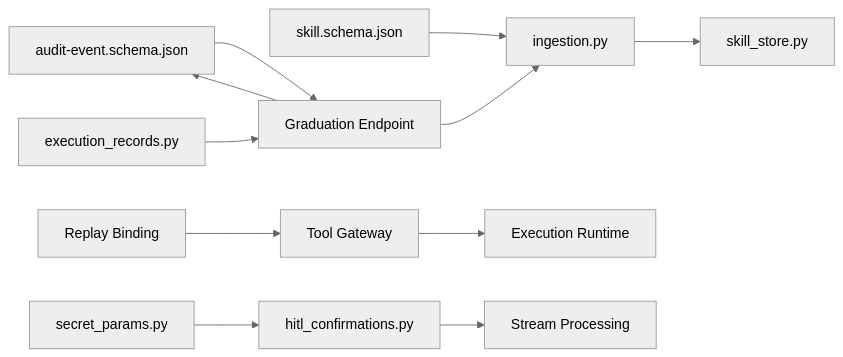
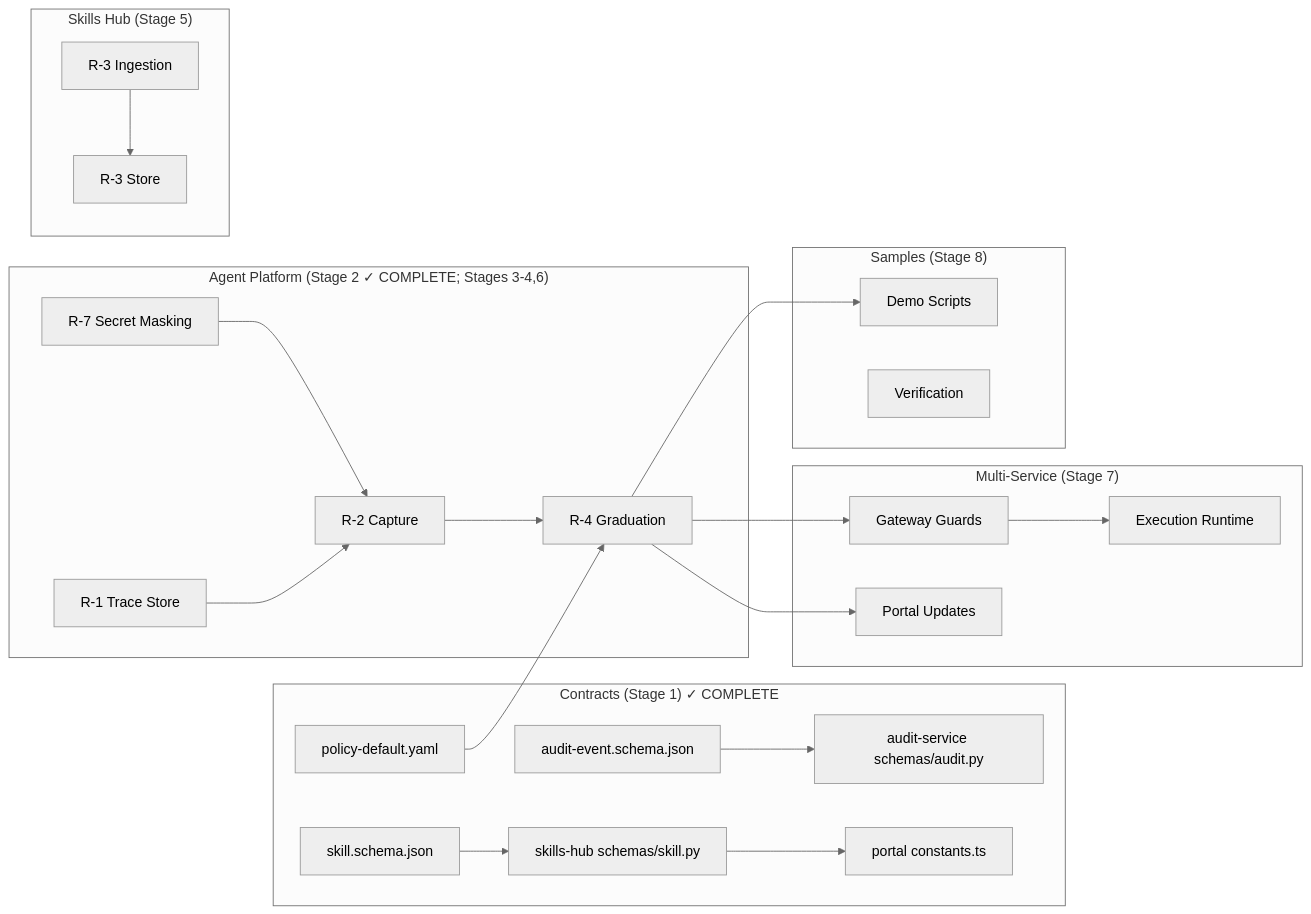
Before and after one commit to metasync/luban-aiops: the ninth of 9 diagrams in .qoder/repowiki/en/content/Architecture Documentation/SPEC-055_ Develop-as-You-Go Skill Graduation.md, drawn with Mermaid (neutral theme). The commit also changed other lines of this file and 9 other files, not shown here.

````diff
--- a/.qoder/repowiki/en/content/Architecture Documentation/SPEC-055_ Develop-as-You-Go Skill Graduation.md
+++ b/.qoder/repowiki/en/content/Architecture Documentation/SPEC-055_ Develop-as-You-Go Skill Graduation.md
@@ -323,13 +412,42 @@
 ```mermaid
 graph LR
-SC_skill["skill.schema.json"] --> SH_ingest["ingestion.py"]
-SC_audit["audit-event.schema.json"] --> AP_grad["Graduation Endpoint"]
-SH_ingest --> SH_store["skill_store.py"]
-AP_exec["execution_records.py"] --> AP_grad
-AP_grad --> SH_ingest
-AP_grad --> SC_audit
-AP_replay["Replay Binding"] --> GW["Tool Gateway"]
-GW --> ER["Execution Runtime"]
-SECRET["secret_params.py"] --> MASKING["hitl_confirmations.py"]
-MASKING --> STREAM["Stream Processing"]
+subgraph "Contracts (Stage 1) ✓ COMPLETE"
+SC_skill["skill.schema.json"]
+SC_audit["audit-event.schema.json"]
+SC_policy["policy-default.yaml"]
+SH_skill["skills-hub schemas/skill.py"]
+AUDIT_audit["audit-service schemas/audit.py"]
+PORTAL_constants["portal constants.ts"]
+end
+subgraph "Agent Platform (Stage 2 ✓ COMPLETE; Stages 3-4,6)"
+AP_mask["R-7 Secret Masking"]
+AP_trace["R-1 Trace Store"]
+AP_capture["R-2 Capture"]
+AP_grad["R-4 Graduation"]
+end
+subgraph "Skills Hub (Stage 5)"
+SH_ingest["R-3 Ingestion"]
+SH_store["R-3 Store"]
+end
+subgraph "Multi-Service (Stage 7)"
+TG_guard["Gateway Guards"]
+ER_runtime["Execution Runtime"]
+OP_portal["Portal Updates"]
+end
+subgraph "Samples (Stage 8)"
+SAMPLES["Demo Scripts"]
+VERIFICATION["Verification"]
+end
+SC_skill --> SH_skill
+SC_audit --> AUDIT_audit
+SC_policy --> AP_grad
+SH_skill --> PORTAL_constants
+AP_mask --> AP_capture
+AP_trace --> AP_capture
+AP_capture --> AP_grad
+SH_ingest --> SH_store
+AP_grad --> TG_guard
+TG_guard --> ER_runtime
+AP_grad --> OP_portal
+AP_grad --> SAMPLES
 ```
````
